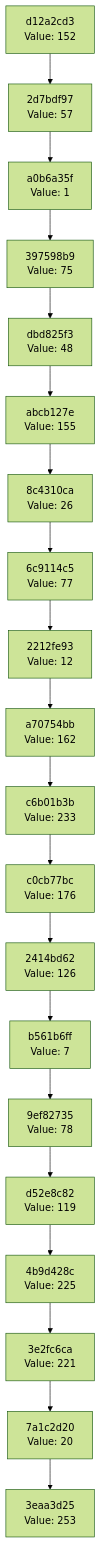
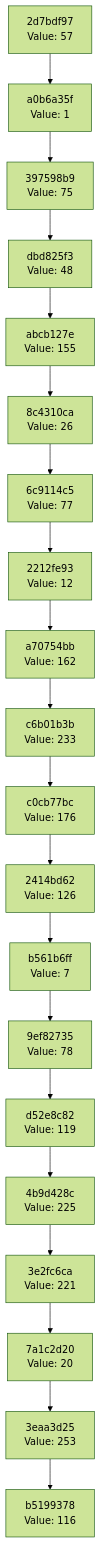
Before and after one commit to Abhisheksinha1506/hash-chain-evolver: the diagram in docs/CHAIN_VISUALIZATION.md, drawn with Mermaid (forest theme). The commit also changed 3 other files, not shown here.

````diff
--- a/docs/CHAIN_VISUALIZATION.md
+++ b/docs/CHAIN_VISUALIZATION.md
@@ -3,42 +3,42 @@
 ```mermaid
 graph TD
-    C0["3eaa3d25<br/>Value: 253"]
-    C1["7a1c2d20<br/>Value: 20"]
+    C0["b5199378<br/>Value: 116"]
+    C1["3eaa3d25<br/>Value: 253"]
     C1 --> C0
-    C2["3e2fc6ca<br/>Value: 221"]
+    C2["7a1c2d20<br/>Value: 20"]
     C2 --> C1
-    C3["4b9d428c<br/>Value: 225"]
+    C3["3e2fc6ca<br/>Value: 221"]
     C3 --> C2
-    C4["d52e8c82<br/>Value: 119"]
+    C4["4b9d428c<br/>Value: 225"]
     C4 --> C3
-    C5["9ef82735<br/>Value: 78"]
+    C5["d52e8c82<br/>Value: 119"]
     C5 --> C4
-    C6["b561b6ff<br/>Value: 7"]
+    C6["9ef82735<br/>Value: 78"]
     C6 --> C5
-    C7["2414bd62<br/>Value: 126"]
+    C7["b561b6ff<br/>Value: 7"]
     C7 --> C6
-    C8["c0cb77bc<br/>Value: 176"]
+    C8["2414bd62<br/>Value: 126"]
     C8 --> C7
-    C9["c6b01b3b<br/>Value: 233"]
+    C9["c0cb77bc<br/>Value: 176"]
     C9 --> C8
-    C10["a70754bb<br/>Value: 162"]
+    C10["c6b01b3b<br/>Value: 233"]
     C10 --> C9
-    C11["2212fe93<br/>Value: 12"]
+    C11["a70754bb<br/>Value: 162"]
     C11 --> C10
-    C12["6c9114c5<br/>Value: 77"]
+    C12["2212fe93<br/>Value: 12"]
     C12 --> C11
-    C13["8c4310ca<br/>Value: 26"]
+    C13["6c9114c5<br/>Value: 77"]
     C13 --> C12
-    C14["abcb127e<br/>Value: 155"]
+    C14["8c4310ca<br/>Value: 26"]
     C14 --> C13
-    C15["dbd825f3<br/>Value: 48"]
+    C15["abcb127e<br/>Value: 155"]
     C15 --> C14
-    C16["397598b9<br/>Value: 75"]
+    C16["dbd825f3<br/>Value: 48"]
     C16 --> C15
-    C17["a0b6a35f<br/>Value: 1"]
+    C17["397598b9<br/>Value: 75"]
     C17 --> C16
-    C18["2d7bdf97<br/>Value: 57"]
+    C18["a0b6a35f<br/>Value: 1"]
     C18 --> C17
-    C19["d12a2cd3<br/>Value: 152"]
+    C19["2d7bdf97<br/>Value: 57"]
     C19 --> C18
 ```
````
